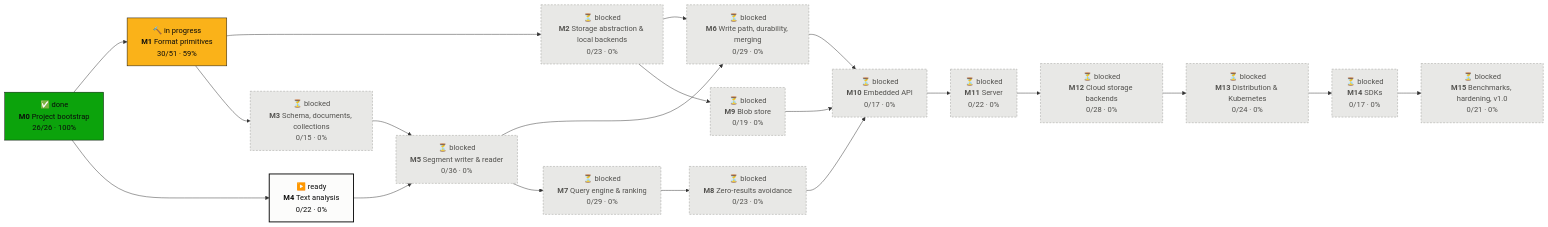
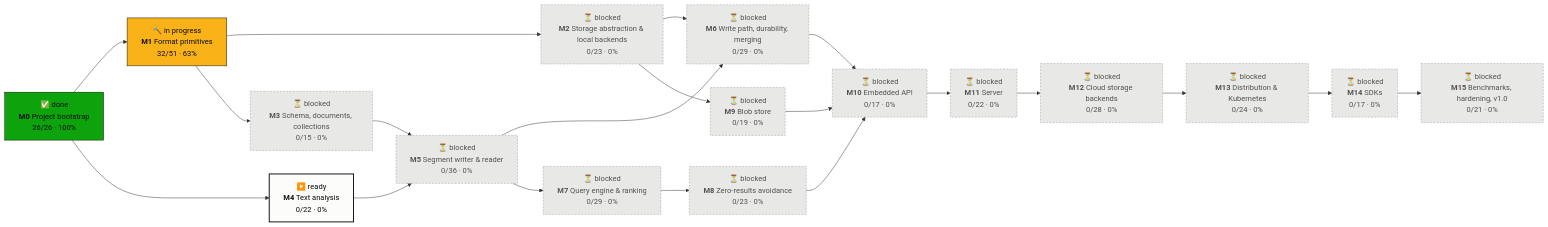
The first of 2 diagrams in PROGRESS.md (tomiok/persiaDB), drawn with Mermaid before and after one commit. The commit also changed other lines of this file and 14 other files, not shown here.

First line of the commit message:
fix(format): address batch review of 1.4.4 and 1.5.6; tick ROADMAP 1.4.4, 1.5.6

````diff
--- a/PROGRESS.md
+++ b/PROGRESS.md
@@ -14,42 +14,42 @@
 ```mermaid
 flowchart LR
   M0["✅ done<br/><b>M0</b> Project bootstrap<br/>26/26 · 100%"]:::done
-  M1["🔨 in progress<br/><b>M1</b> Format primitives<br/>30/51 · 59%"]:::doing
+  M1["🔨 in progress<br/><b>M1</b> Format primitives<br/>32/51 · 63%"]:::doing
   M2["⏳ blocked<br/><b>M2</b> Storage abstraction & local backends<br/>0/23 · 0%"]:::blocked
   M3["⏳ blocked<br/><b>M3</b> Schema, documents, collections<br/>0/15 · 0%"]:::blocked
   M4["▶️ ready<br/><b>M4</b> Text analysis<br/>0/22 · 0%"]:::ready
   M5["⏳ blocked<br/><b>M5</b> Segment writer & reader<br/>0/36 · 0%"]:::blocked
   M6["⏳ blocked<br/><b>M6</b> Write path, durability, merging<br/>0/29 · 0%"]:::blocked
   M7["⏳ blocked<br/><b>M7</b> Query engine & ranking<br/>0/29 · 0%"]:::blocked
   M8["⏳ blocked<br/><b>M8</b> Zero-results avoidance<br/>0/23 · 0%"]:::blocked
   M9["⏳ blocked<br/><b>M9</b> Blob store<br/>0/19 · 0%"]:::blocked
   M10["⏳ blocked<br/><b>M10</b> Embedded API<br/>0/17 · 0%"]:::blocked
   M11["⏳ blocked<br/><b>M11</b> Server<br/>0/22 · 0%"]:::blocked
   M12["⏳ blocked<br/><b>M12</b> Cloud storage backends<br/>0/28 · 0%"]:::blocked
   M13["⏳ blocked<br/><b>M13</b> Distribution & Kubernetes<br/>0/24 · 0%"]:::blocked
   M14["⏳ blocked<br/><b>M14</b> SDKs<br/>0/17 · 0%"]:::blocked
   M15["⏳ blocked<br/><b>M15</b> Benchmarks, hardening, v1.0<br/>0/21 · 0%"]:::blocked
   M0 --> M1
   M1 --> M2
   M1 --> M3
   M0 --> M4
   M3 --> M5
   M4 --> M5
   M2 --> M6
   M5 --> M6
   M5 --> M7
   M7 --> M8
   M2 --> M9
   M6 --> M10
   M8 --> M10
   M9 --> M10
   M10 --> M11
   M11 --> M12
   M12 --> M13
   M13 --> M14
   M14 --> M15
   classDef done fill:#0ca30c,stroke:#0b0b0b,color:#0b0b0b
   classDef doing fill:#fab219,stroke:#0b0b0b,color:#0b0b0b
   classDef ready fill:#fcfcfb,stroke:#0b0b0b,stroke-width:2px,color:#0b0b0b
   classDef blocked fill:#e8e8e6,stroke:#9a9a96,stroke-dasharray:4 3,color:#52514e
 ```
````
